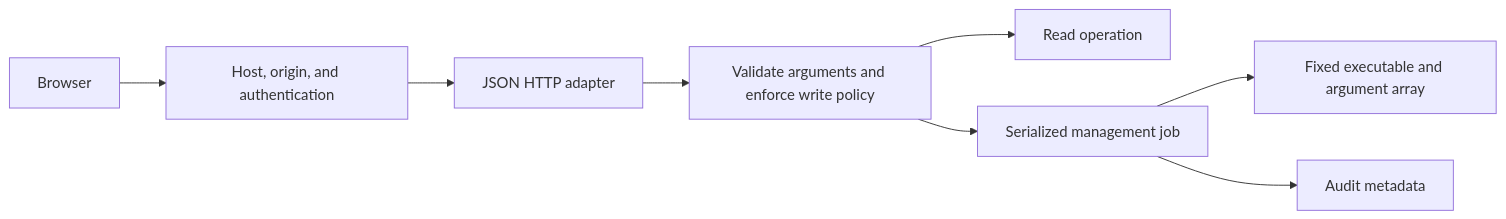
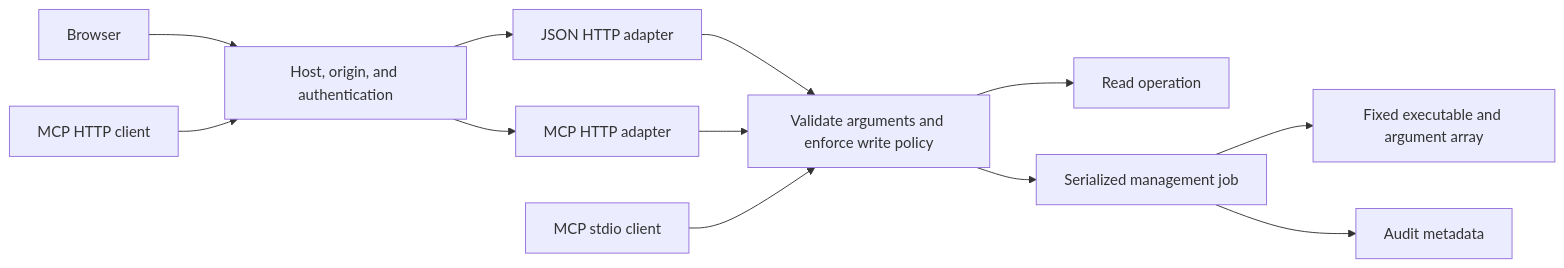
Before and after one commit to vm75/server-man: the diagram in ARCHITECTURE.md, drawn with Mermaid. The commit also changed other lines of this file and 23 other files, not shown here.

````diff
--- a/ARCHITECTURE.md
+++ b/ARCHITECTURE.md
@@ -22,10 +24,14 @@
 ```mermaid
 flowchart LR
   Browser --> Auth[Host, origin, and authentication]
+  MCPHTTP[MCP HTTP client] --> Auth
   Auth --> HTTP[JSON HTTP adapter]
   HTTP --> Registry[Validate arguments and enforce write policy]
+  Auth --> MCP[MCP HTTP adapter]
+  MCP --> Registry
+  Stdio[MCP stdio client] --> Registry
   Registry --> Read[Read operation]
   Registry --> Jobs[Serialized management job]
   Jobs --> Runner[Fixed executable and argument array]
   Jobs --> Audit[Audit metadata]
 ```
````
